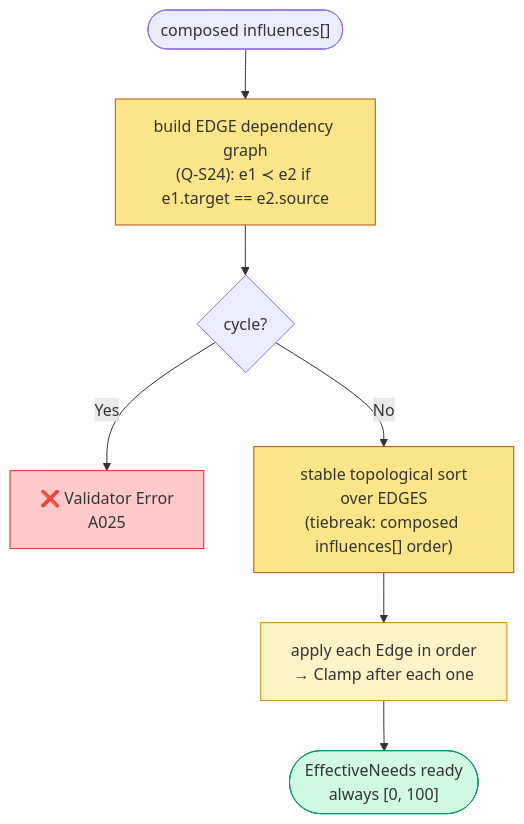
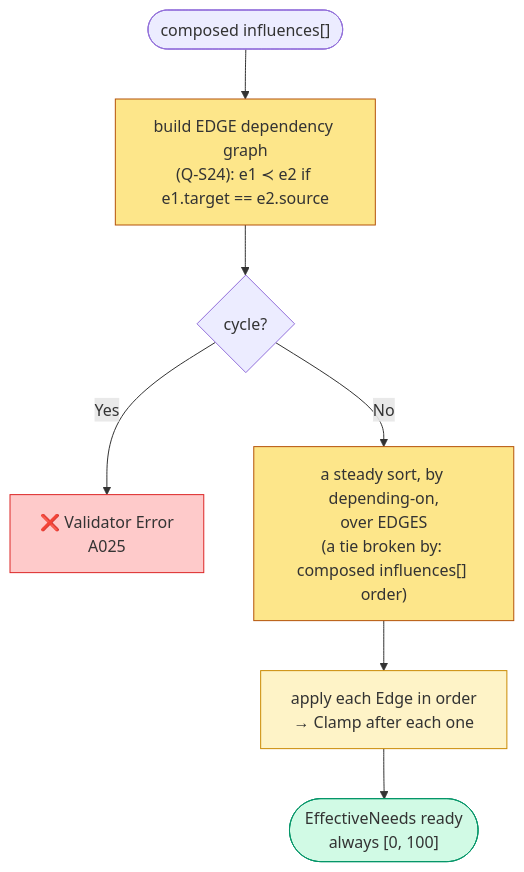
Before and after one commit to hiroxpepe/animo: diagram 19 of 56 in docs/animo_spec.md, drawn with Mermaid. The commit also changed other lines of this file, not shown here.

Commit message:
fix: Update the mermaid diagram text to fit Basic English

````diff
--- a/docs/animo_spec.md
+++ b/docs/animo_spec.md
@@ -976,18 +976,18 @@
 ```mermaid
 flowchart TB
   Start(["composed influences[]"])
   Build["build EDGE dependency graph<br/>(Q-S24): e1 ≺ e2 if e1.target == e2.source"]
   Check{"cycle?"}
   Reject["❌ Validator Error<br/>A025"]
-  Topo["stable topological sort<br/>over EDGES<br/>(tiebreak: composed influences[] order)"]
+  Topo["a steady sort, by depending-on,<br/>over EDGES<br/>(a tie broken by: composed influences[] order)"]
   Loop["apply each Edge in order<br/>→ Clamp after each one"]
   End(["EffectiveNeeds ready<br/>always [0, 100]"])
   Start --> Build --> Check
   Check -->|"Yes"| Reject
   Check -->|"No"| Topo --> Loop --> End
   style Reject fill:#fecaca,stroke:#dc2626
   style Build fill:#fde68a,stroke:#b45309
   style Topo fill:#fde68a,stroke:#b45309
   style Loop fill:#fef3c7,stroke:#ca8a04
   style End fill:#d1fae5,stroke:#059669
 ```
````
